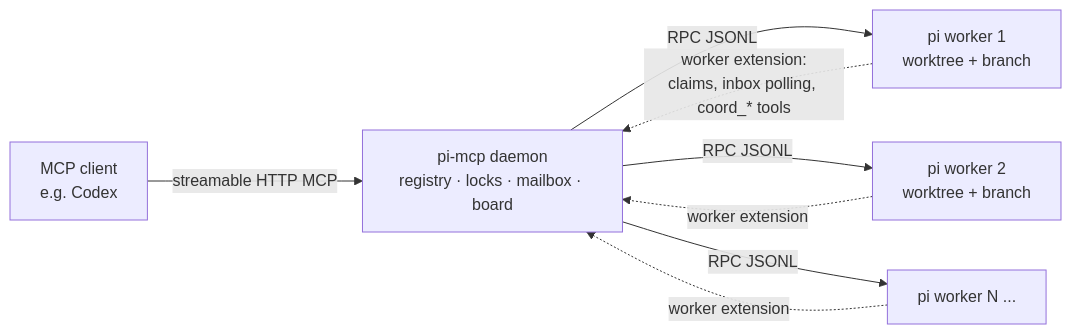
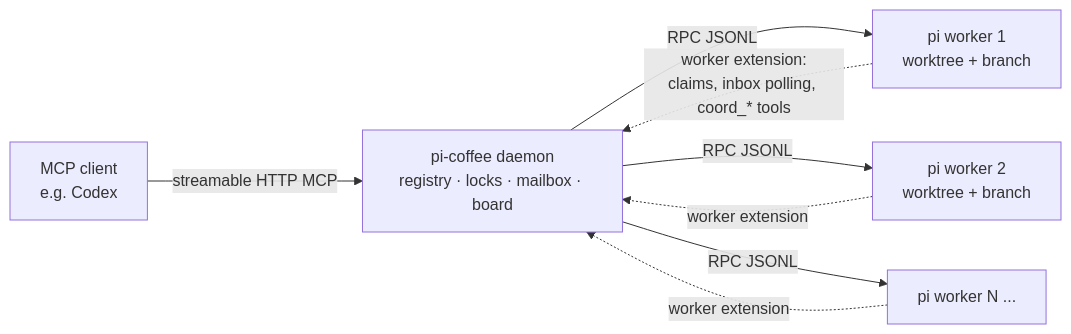
Before and after one commit to lucasjingcn/pi-coffee: the diagram in README.md, drawn with Mermaid. The commit also changed other lines of this file and 35 other files, not shown here.

````diff
--- a/README.md
+++ b/README.md
@@ -97,10 +96,10 @@
 ```mermaid
 flowchart LR
-    Codex[MCP client<br/>e.g. Codex] -- "streamable HTTP MCP" --> Daemon[pi-mcp daemon<br/>registry · locks · mailbox · board]
+    Codex[MCP client<br/>e.g. Codex] -- "streamable HTTP MCP" --> Daemon[pi-coffee daemon<br/>registry · locks · mailbox · board]
     Daemon -- "RPC JSONL" --> W1[pi worker 1<br/>worktree + branch]
     Daemon -- "RPC JSONL" --> W2[pi worker 2<br/>worktree + branch]
     Daemon -- "RPC JSONL" --> WN[pi worker N ...]
     W1 -. "worker extension:<br/>claims, inbox polling, coord_* tools" .-> Daemon
     W2 -. "worker extension" .-> Daemon
     WN -. "worker extension" .-> Daemon
 ```
````
